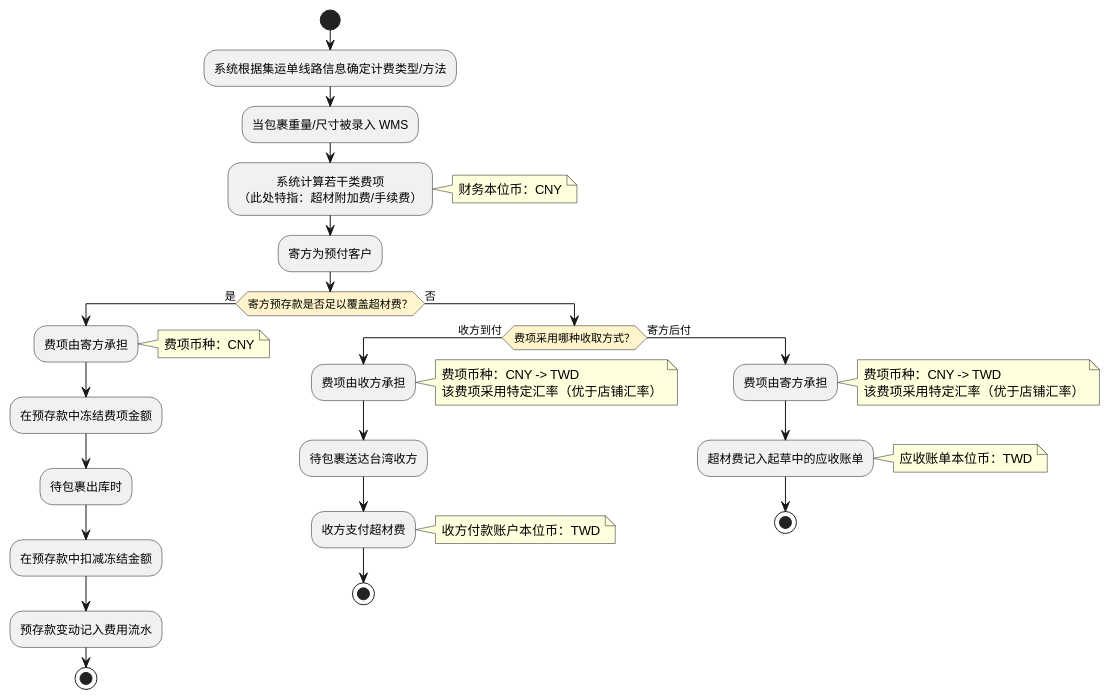
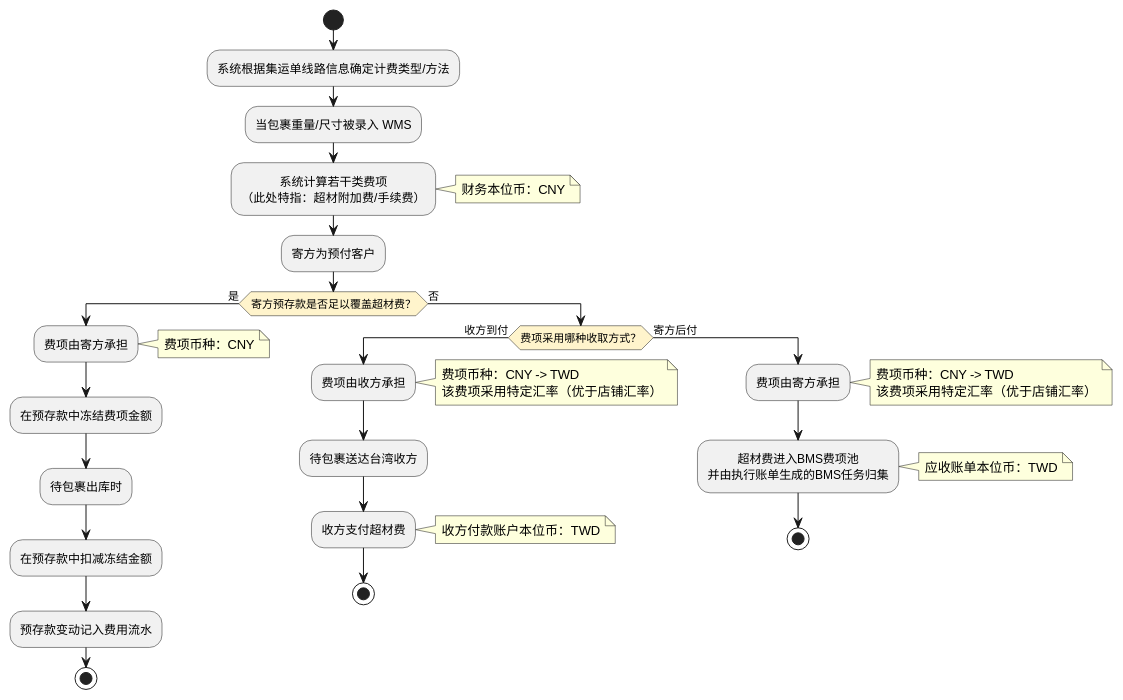
One commit to jack888332/projects-doc changed diagram 17 of 19 in product-caliber/bms/prd/账单系统.PRD.md. Above: the diagram before and after it, drawn with PlantUML. The commit also changed other lines of this file, not shown here.

````diff
--- a/product-caliber/bms/prd/账单系统.PRD.md
+++ b/product-caliber/bms/prd/账单系统.PRD.md
@@ -3352,54 +3462,54 @@
 ```plantuml
 @startuml
 skinparam DefaultTextAlignment center
 skinparam NoteTextAlignment left
 skinparam shadowing false
 skinparam activityDiamondBackgroundColor #FFF4CC
 
 start
 :系统根据集运单线路信息确定计费类型/方法;
 :当包裹重量/尺寸被录入 WMS;
 :系统计算若干类费项\n（此处特指：超材附加费/手续费）;
 note right
 财务本位币：CNY
 end note
 
 :寄方为预付客户;
 if (寄方预存款是否足以覆盖超材费？) then (是)
   :费项由寄方承担;
   note right
   费项币种：CNY
   end note
   :在预存款中冻结费项金额;
   :待包裹出库时;
   :在预存款中扣减冻结金额;
   :预存款变动记入费用流水;
   stop
 else (否)
   if (费项采用哪种收取方式？) then (收方到付)
     :费项由收方承担;
     note right
     费项币种：CNY -> TWD
     该费项采用特定汇率（优于店铺汇率）
     end note
     :待包裹送达台湾收方;
     :收方支付超材费;
     note right
     收方付款账户本位币：TWD
     end note
     stop
   else (寄方后付)
     :费项由寄方承担;
     note right
     费项币种：CNY -> TWD
     该费项采用特定汇率（优于店铺汇率）
     end note
-    :超材费记入起草中的应收账单;
+    :超材费进入BMS费项池\n并由执行账单生成的BMS任务归集;
     note right
     应收账单本位币：TWD
     end note
     stop
   endif
 endif
 @enduml
 ```
````
